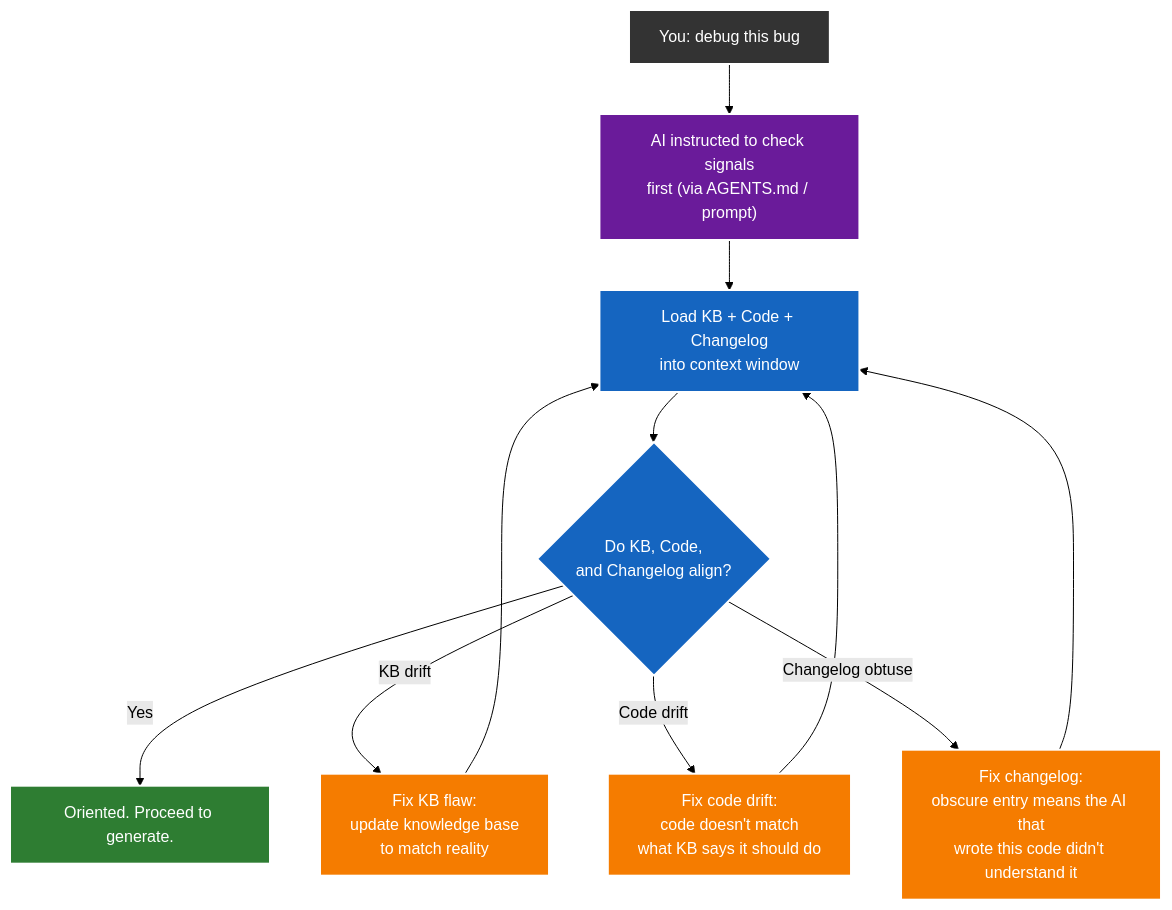
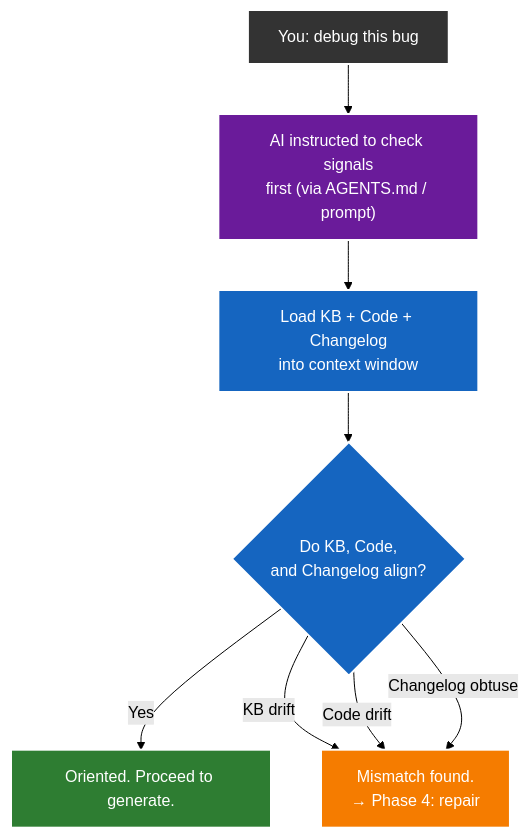
The second of 5 diagrams in knowledge/knowledge-theories/ai-use-theory/ai-use-theory.md (jacoby149/web10), drawn with Mermaid (forest theme) before and after one commit. The commit also changed other lines of this file, not shown here.

Commit message:
docs: Phase 1 and 3 are detection only, Phase 4 does the repair

````diff
--- a/knowledge/knowledge-theories/ai-use-theory/ai-use-theory.md
+++ b/knowledge/knowledge-theories/ai-use-theory/ai-use-theory.md
@@ -62,31 +62,25 @@
 ```mermaid
 flowchart TD
     START["You: debug this bug"] --> INSTRUCT["AI instructed to check signals\nfirst (via AGENTS.md / prompt)"]
     INSTRUCT --> LOAD["Load KB + Code + Changelog\ninto context window"]
     LOAD --> CHECK{"Do KB, Code,\nand Changelog align?"}
 
     CHECK -- Yes --> ORIENTED["Oriented. Proceed to generate."]
-    CHECK -- KB drift --> FIX_KB["Fix KB flaw:\nupdate knowledge base\nto match reality"]
-    FIX_KB --> LOAD
 
-    CHECK -- Code drift --> FIX_CODE["Fix code drift:\ncode doesn't match\nwhat KB says it should do"]
-    FIX_CODE --> LOAD
-
-    CHECK -- Changelog obtuse --> FIX_LOG["Fix changelog:\nobscure entry means the AI that\nwrote this code didn't understand it"]
-    FIX_LOG --> LOAD
+    CHECK -- KB drift --> MISMATCH["Mismatch found.\n→ Phase 4: repair"]
+    CHECK -- Code drift --> MISMATCH
+    CHECK -- Changelog obtuse --> MISMATCH
 
     classDef prompt fill:#333,color:#fff,stroke:#fff,stroke-width:2px
     classDef instruct fill:#6a1b9a,color:#fff,stroke:#fff,stroke-width:2px
     classDef orient fill:#1565c0,color:#fff,stroke:#fff,stroke-width:2px
-    classDef action fill:#f57c00,color:#fff,stroke:#fff,stroke-width:2px
+    classDef flag fill:#f57c00,color:#fff,stroke:#fff,stroke-width:2px
     classDef ok fill:#2e7d32,color:#fff,stroke:#fff,stroke-width:2px
 
     class START prompt
     class INSTRUCT instruct
     class LOAD orient
     class CHECK orient
-    class FIX_KB action
-    class FIX_CODE action
-    class FIX_LOG action
+    class MISMATCH flag
     class ORIENTED ok
 ```
````
